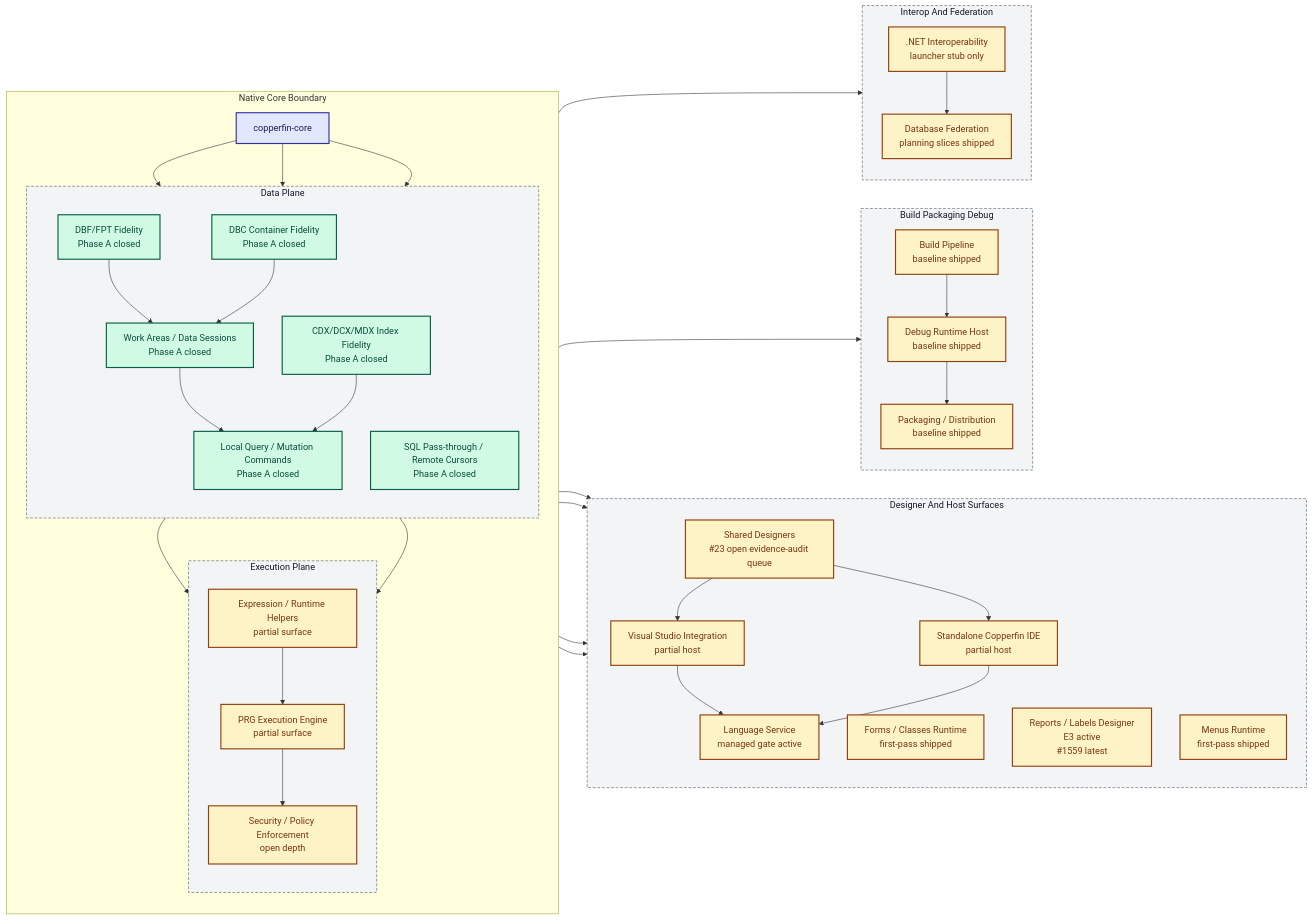
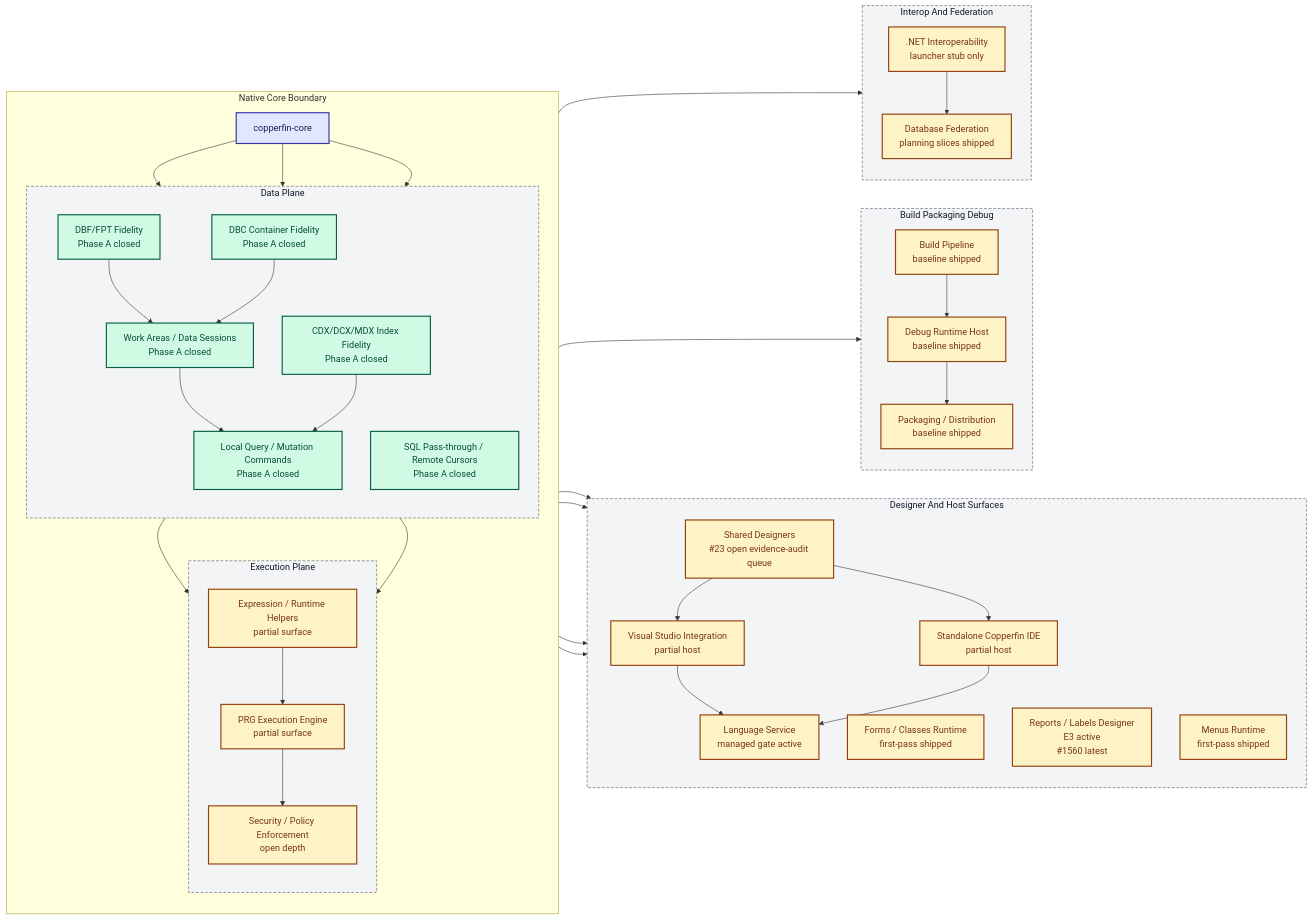
One commit to rhamenator/Project-Copperfin changed the diagram in docs/02-architecture.md. Above: the diagram before and after it, drawn with Mermaid. The commit also changed 6 other files, not shown here.

```diff
--- a/docs/02-architecture.md
+++ b/docs/02-architecture.md
@@ -36,7 +36,7 @@
         direction TB
         DES["Shared Designers<br/>#23 open evidence-audit queue"]
         FORMS["Forms / Classes Runtime<br/>first-pass shipped"]
-        RPT["Reports / Labels Designer<br/>E3 active<br/>#1559 latest"]
+        RPT["Reports / Labels Designer<br/>E3 active<br/>#1560 latest"]
         MENU["Menus Runtime<br/>first-pass shipped"]
         VS["Visual Studio Integration<br/>partial host"]
         IDE["Standalone Copperfin IDE<br/>partial host"]
```
